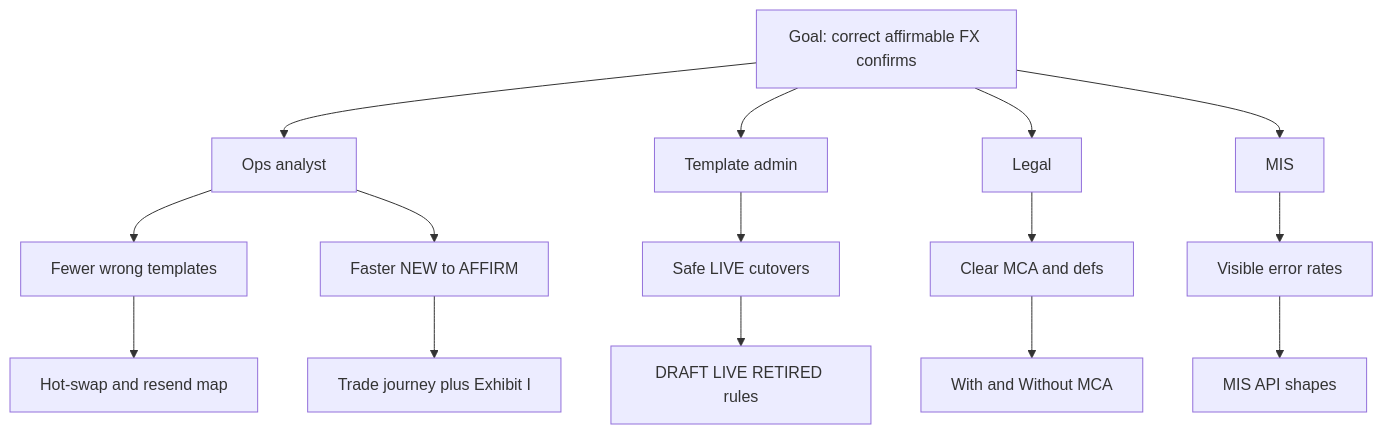
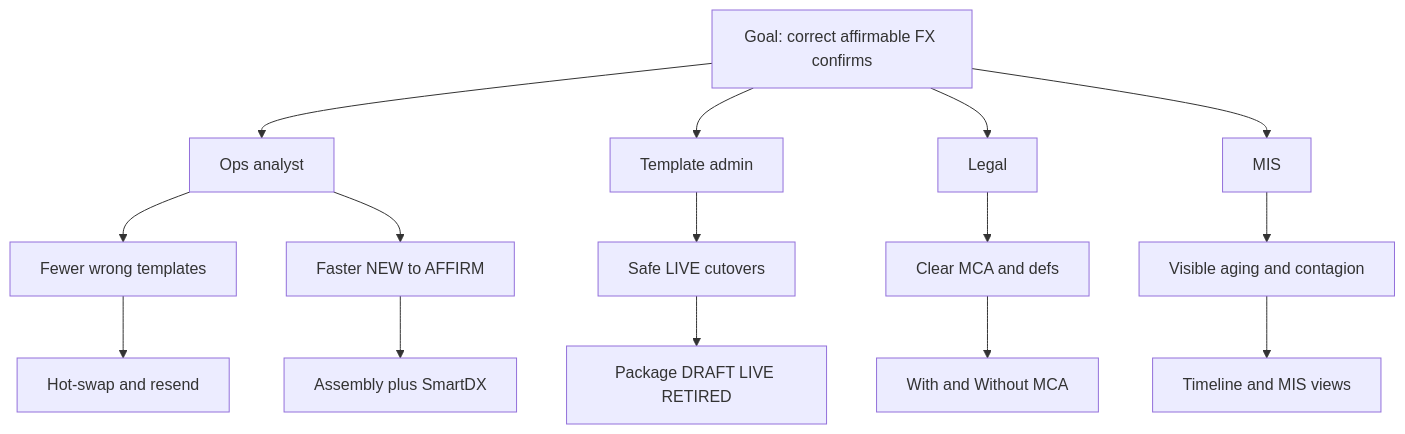
One commit to dae-nan/con4m8ions changed the third of 15 diagrams in docs/prd-cdu-ps-v1.md. Above: the diagram before and after it, drawn with Mermaid. The commit also changed other lines of this file and 6 other files, not shown here.

First line of the commit message:
PRD v1.3: target arch, DDD, timeline, TemplatePackage LDM

````diff
--- a/docs/prd-cdu-ps-v1.md
+++ b/docs/prd-cdu-ps-v1.md
@@ -234,18 +266,18 @@
 ```mermaid
 flowchart TD
   G[Goal: correct affirmable FX confirms]
   G --> A1[Ops analyst]
   G --> A2[Template admin]
   G --> A3[Legal]
   G --> A4[MIS]
   A1 --> I1[Fewer wrong templates]
   A1 --> I2[Faster NEW to AFFIRM]
   A2 --> I3[Safe LIVE cutovers]
   A3 --> I4[Clear MCA and defs]
-  A4 --> I5[Visible error rates]
-  I1 --> D1[Hot-swap and resend map]
-  I2 --> D2[Trade journey plus Exhibit I]
-  I3 --> D3[DRAFT LIVE RETIRED rules]
+  A4 --> I5[Visible aging and contagion]
+  I1 --> D1[Hot-swap and resend]
+  I2 --> D2[Assembly plus SmartDX]
+  I3 --> D3[Package DRAFT LIVE RETIRED]
   I4 --> D4[With and Without MCA]
-  I5 --> D5[MIS API shapes]
+  I5 --> D5[Timeline and MIS views]
 ```
````
